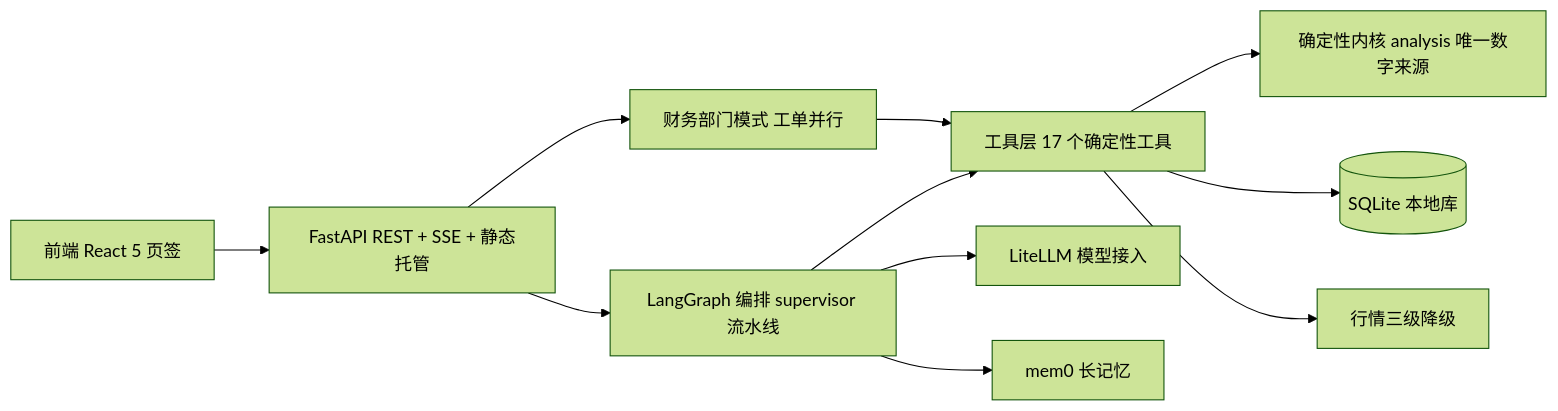
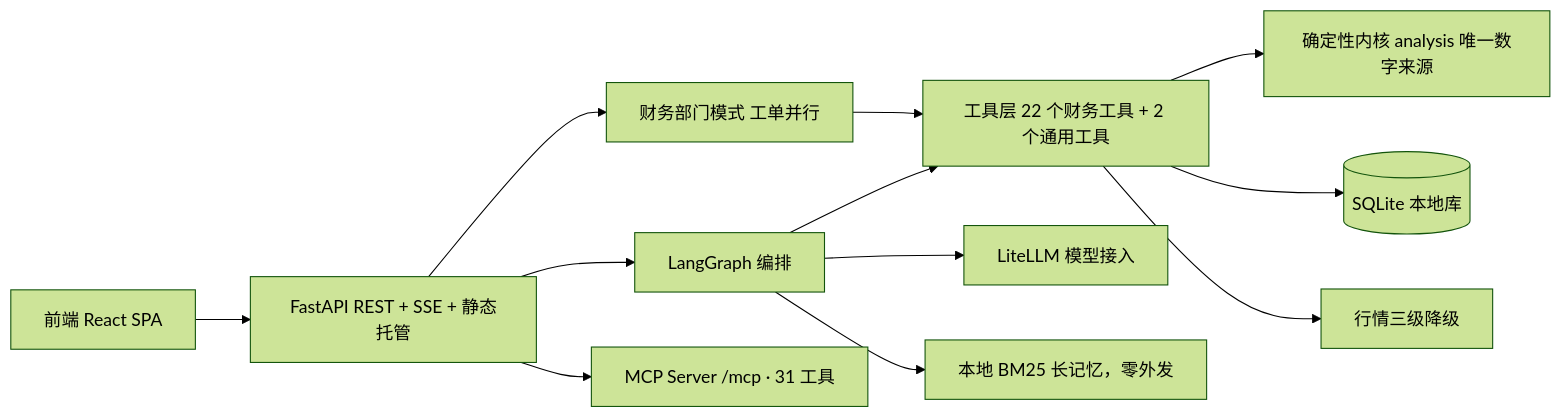
Before and after one commit to Morningstar202604/moneyhelper: the diagram in README.zh.md, drawn with Mermaid (forest theme). The commit also changed other lines of this file and 79 other files, not shown here.

````diff
--- a/README.zh.md
+++ b/README.zh.md
@@ -104,13 +132,14 @@
 ```mermaid
 flowchart LR
-    FE[前端 React 5 页签] --> API[FastAPI REST + SSE + 静态托管]
-    API --> G[LangGraph 编排 supervisor 流水线]
+    FE[前端 React SPA] --> API[FastAPI REST + SSE + 静态托管]
+    API --> G[LangGraph 编排]
     API --> D[财务部门模式 工单并行]
-    G --> T[工具层 17 个确定性工具]
+    G --> T[工具层 22 个财务工具 + 2 个通用工具]
     D --> T
     T --> K[确定性内核 analysis 唯一数字来源]
     T --> DB[(SQLite 本地库)]
     T --> Q[行情三级降级]
     G --> L[LiteLLM 模型接入]
-    G --> M[mem0 长记忆]
+    G --> M[本地 BM25 长记忆，零外发]
+    API --> MCP[MCP Server /mcp · 31 工具]
 ```
````
